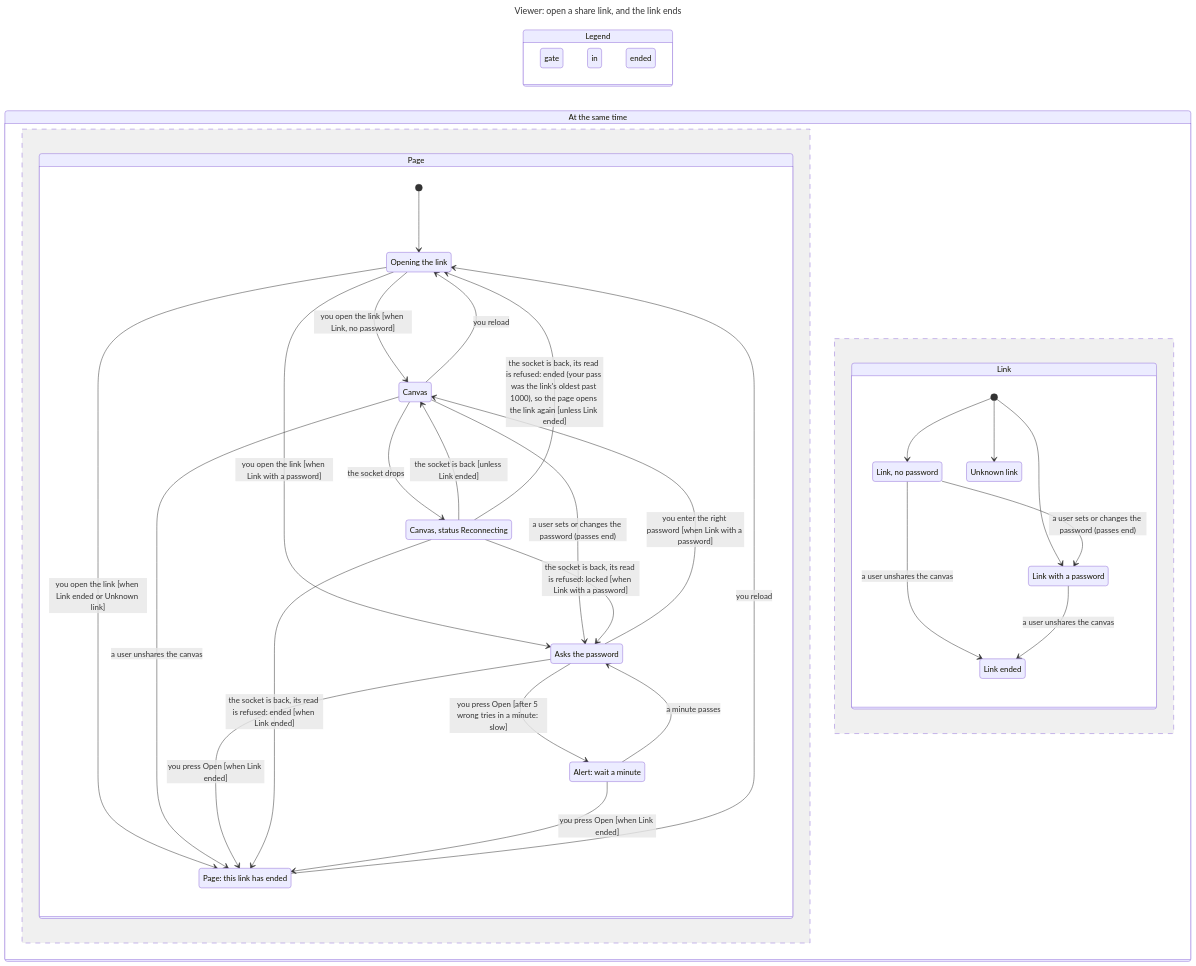
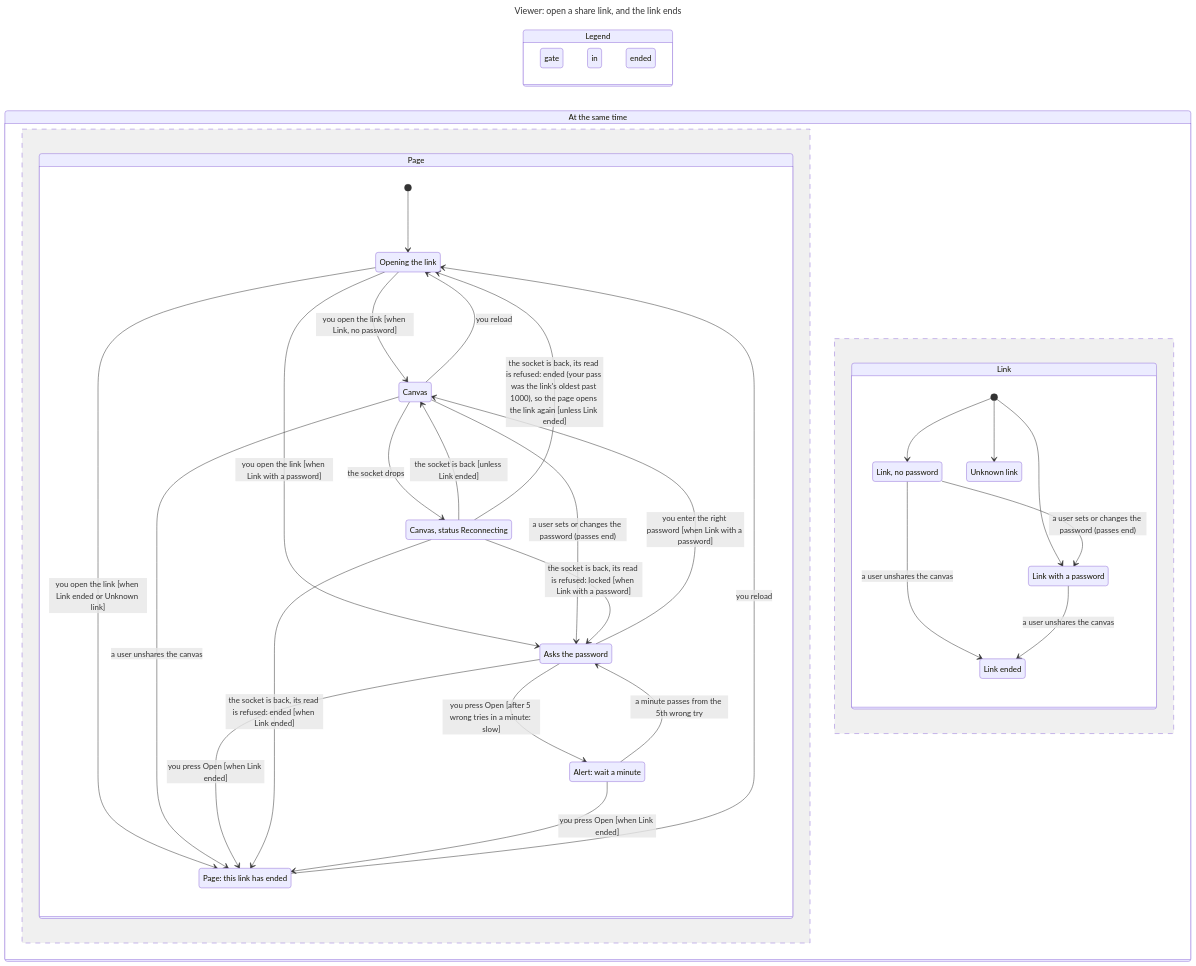
The diagram in docs/statecharts/viewer-gate-password.md (lagz0ne/easel), drawn with Mermaid before and after one commit. The commit also changed other lines of this file and 17 other files, not shown here.

````diff
--- a/docs/statecharts/viewer-gate-password.md
+++ b/docs/statecharts/viewer-gate-password.md
@@ -11,62 +11,62 @@
 ```mermaid
 ---
 title: "Viewer: open a share link, and the link ends"
 ---
 stateDiagram-v2
   direction LR
   state "Legend" as legend {
     lg0: gate
     lg1: in
     lg2: ended
   }
   class lg0 yellow
   class lg1 teal
   class lg2 pink
   state "At the same time" as all {
     state "Page" as r0 {
       s0: Opening the link
       s1: Canvas
       s2: Asks the password
       s3: Page: this link has ended
       s4: Canvas, status Reconnecting
       s5: Alert: wait a minute
       [*] --> s0
       s0 --> s1: you open the link [when Link, no password]
       s0 --> s2: you open the link [when Link with a password]
       s0 --> s3: you open the link [when Link ended or Unknown link]
       s1 --> s2: a user sets or changes the password (passes end)
       s1 --> s4: the socket drops
       s1 --> s0: you reload
       s1 --> s3: a user unshares the canvas
       s2 --> s1: you enter the right password [when Link with a password]
       s3 --> s0: you reload
       s2 --> s3: you press Open [when Link ended]
       s4 --> s1: the socket is back [unless Link ended]
+      s2 --> s5: you press Open [after 5 wrong tries in a minute: slow]
       s4 --> s3: the socket is back, its read is refused: ended [when Link ended]
       s4 --> s2: the socket is back, its read is refused: locked [when Link with a password]
-      s2 --> s5: you press Open [after 5 wrong tries in a minute: slow]
       s4 --> s0: the socket is back, its read is refused: ended (your pass was the link's oldest past 1000), so the page opens the link again [unless Link ended]
-      s5 --> s2: a minute passes
       s5 --> s3: you press Open [when Link ended]
+      s5 --> s2: a minute passes from the 5th wrong try
     }
     --
     state "Link" as r1 {
       s6: Link, no password
       s7: Link with a password
       s8: Unknown link
       s9: Link ended
       [*] --> s6
       [*] --> s7
       [*] --> s8
       s6 --> s7: a user sets or changes the password (passes end)
       s6 --> s9: a user unshares the canvas
       s7 --> s9: a user unshares the canvas
     }
   }
   class s0 yellow
   class s1 teal
   class s2 yellow
   class s3 pink
   class s4 teal
   class s5 yellow
 ```
````
